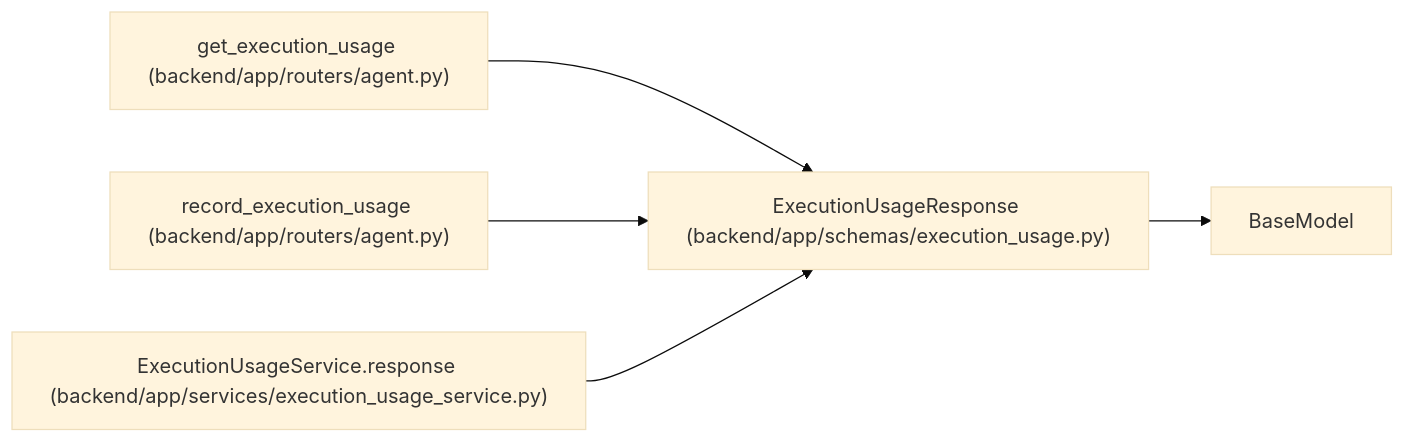
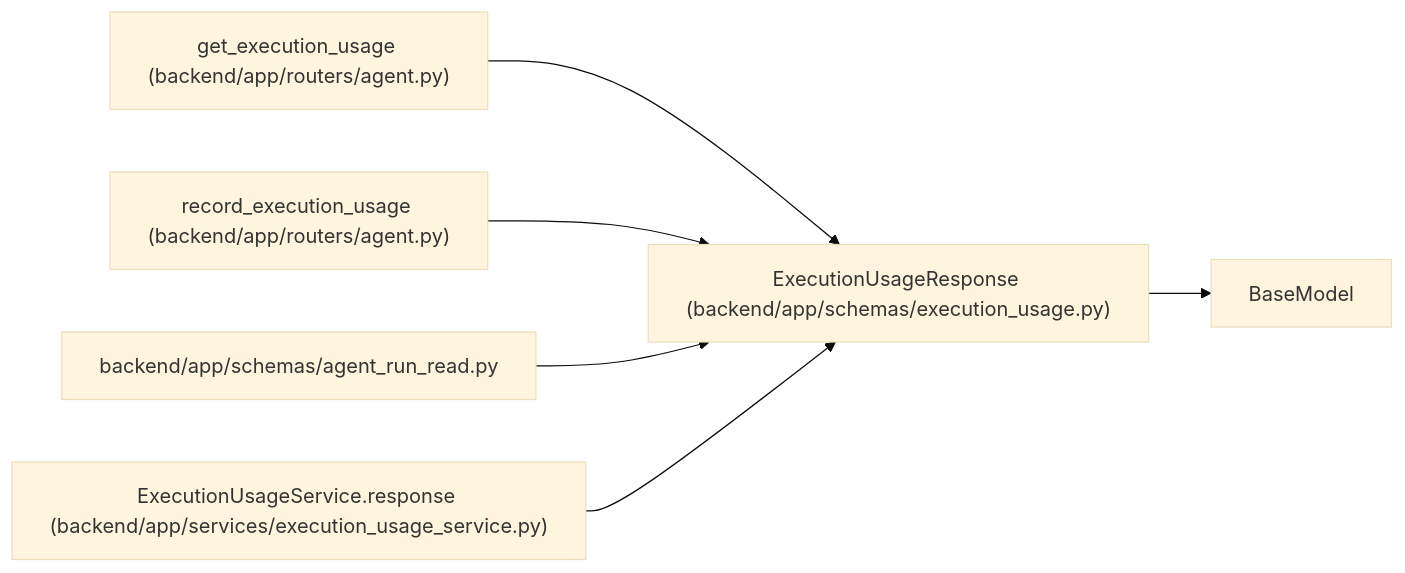
Before and after one commit to Denissvgn/WorkChord: the diagram in docs/llm_wiki/entities/ExecutionUsageResponse.md, drawn with Mermaid (base theme). The commit also changed other lines of this file and 879 other files, not shown here.

````diff
--- a/docs/llm_wiki/entities/ExecutionUsageResponse.md
+++ b/docs/llm_wiki/entities/ExecutionUsageResponse.md
@@ -34,16 +34,19 @@
 ```mermaid
 flowchart LR
     n0["ExecutionUsageResponse (backend/app/schemas/execution_usage.py)"]
     n1["BaseModel"]
     n2["get_execution_usage (backend/app/routers/agent.py)"]
     n3["record_execution_usage (backend/app/routers/agent.py)"]
-    n4["ExecutionUsageService.response (backend/app/services/execution_usage_service.py)"]
+    n4["backend/app/schemas/agent_run_read.py"]
+    n5["ExecutionUsageService.response (backend/app/services/execution_usage_service.py)"]
     n0 --> n1
     n2 --> n0
     n3 --> n0
     n4 --> n0
+    n5 --> n0
     click n0 "../modules/schemas_execution_usage.md"
     click n2 "../modules/routers_agent.md"
     click n3 "../modules/routers_agent.md"
-    click n4 "../modules/execution_usage_service.md"
+    click n4 "../modules/agent_run_read.md"
+    click n5 "../modules/execution_usage_service.md"
 ```
````
